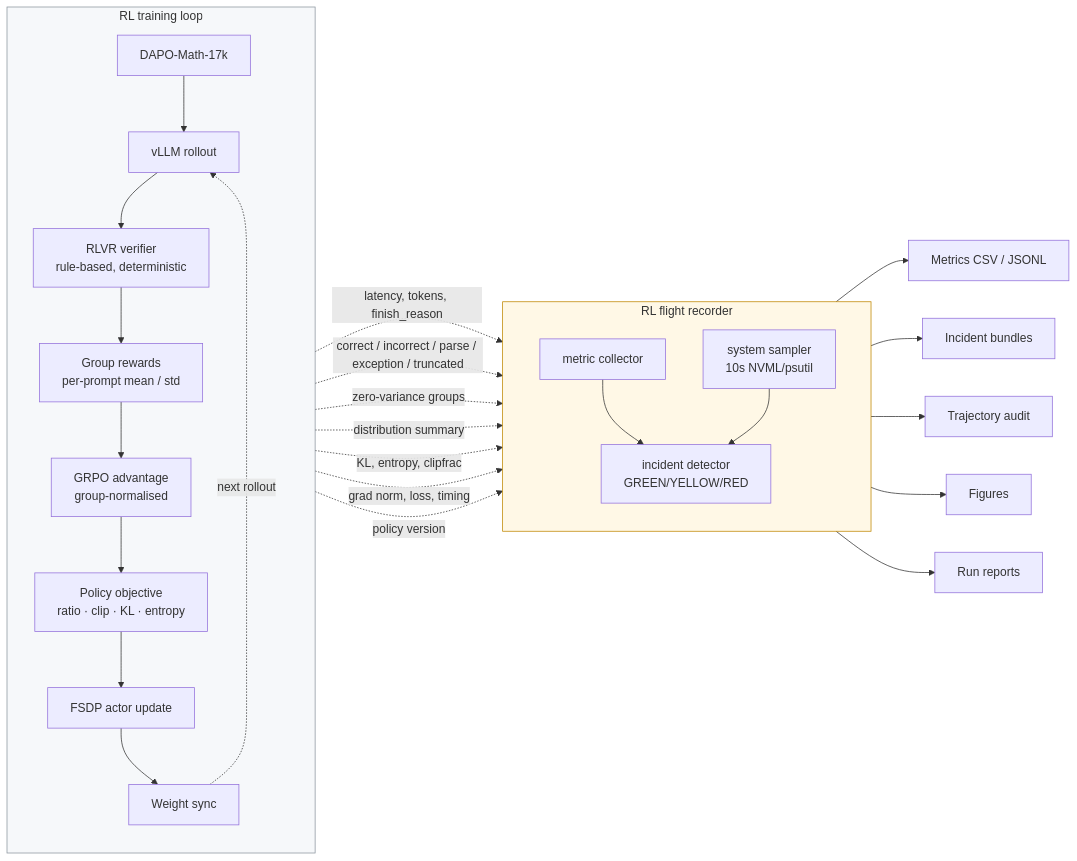
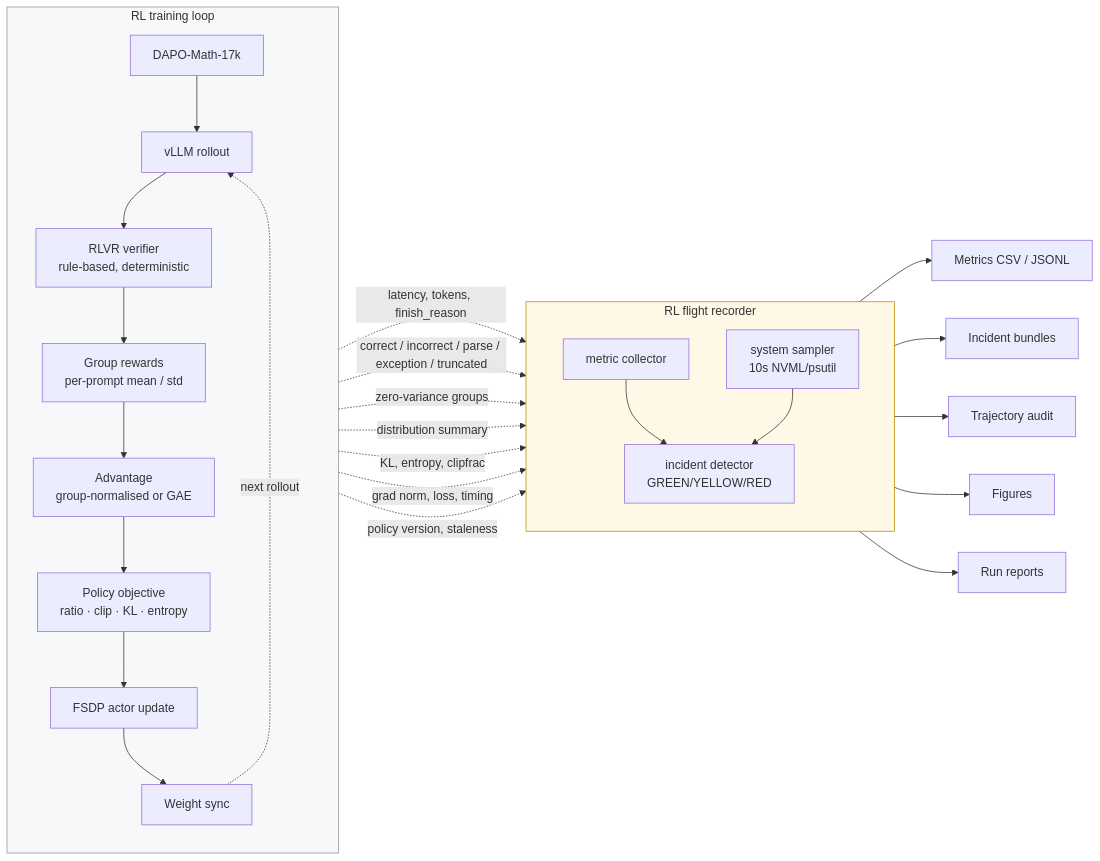
One commit to terrense/qwen3-8b-grpo-dapo-lab changed the diagram in README.md. Above: the diagram before and after it, drawn with Mermaid. The commit also changed other lines of this file and 10 other files, not shown here.

````diff
--- a/README.md
+++ b/README.md
@@ -54,40 +65,40 @@
 ```mermaid
 flowchart LR
     subgraph TRAIN [RL training loop]
         direction TB
         D[DAPO-Math-17k] --> R[vLLM rollout]
         R --> V[RLVR verifier<br/>rule-based, deterministic]
         V --> G[Group rewards<br/>per-prompt mean / std]
-        G --> A[GRPO advantage<br/>group-normalised]
+        G --> A[Advantage<br/>group-normalised or GAE]
         A --> P[Policy objective<br/>ratio · clip · KL · entropy]
         P --> U[FSDP actor update]
         U --> W[Weight sync]
         W -.next rollout.-> R
     end
 
     subgraph FR [RL flight recorder]
         direction TB
         M[metric collector]
         S[system sampler<br/>10s NVML/psutil]
         I[incident detector<br/>GREEN/YELLOW/RED]
     end
 
     R -.latency, tokens, finish_reason.-> M
     V -.correct / incorrect / parse / exception / truncated.-> M
     G -.zero-variance groups.-> M
     A -.distribution summary.-> M
     P -.KL, entropy, clipfrac.-> M
     U -.grad norm, loss, timing.-> M
-    W -.policy version.-> M
+    W -.policy version, staleness.-> M
     M --> I
     S --> I
 
     I --> O1[Metrics CSV / JSONL]
     I --> O2[Incident bundles]
     I --> O3[Trajectory audit]
     I --> O4[Figures]
     I --> O5[Run reports]
 
     style TRAIN fill:#f6f8fa,stroke:#8b949e
     style FR fill:#fff8e6,stroke:#bf8700
 ```
````
